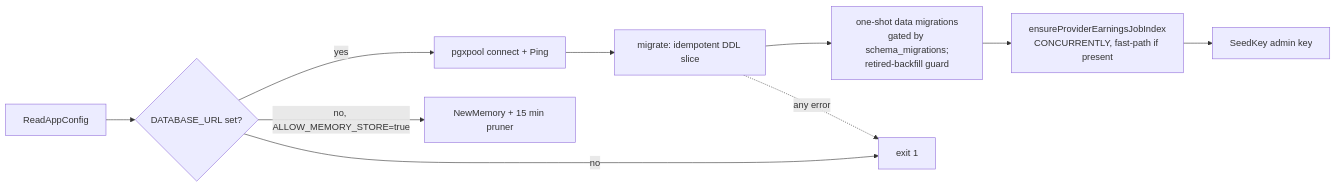
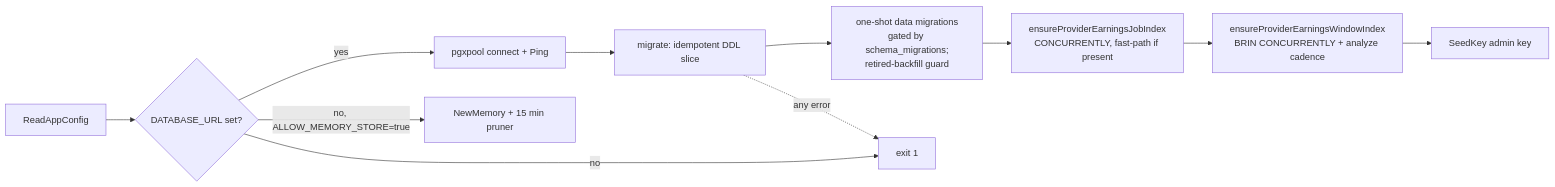
The diagram in docs/architecture/storage.md (Gajesh2007/d-inference), drawn with Mermaid before and after one commit. The commit also changed other lines of this file and 19 other files, not shown here.

````diff
--- a/docs/architecture/storage.md
+++ b/docs/architecture/storage.md
@@ -203,12 +204,13 @@
 ```mermaid
 flowchart LR
   A[ReadAppConfig] --> B{DATABASE_URL set?}
   B -- yes --> C[pgxpool connect + Ping]
   C --> D[migrate: idempotent DDL slice]
   D --> E[one-shot data migrations\ngated by schema_migrations;\nretired-backfill guard]
   E --> F[ensureProviderEarningsJobIndex\nCONCURRENTLY, fast-path if present]
-  F --> G[SeedKey admin key]
+  F --> F2[ensureProviderEarningsWindowIndex\nBRIN CONCURRENTLY + analyze cadence]
+  F2 --> G[SeedKey admin key]
   B -- no, ALLOW_MEMORY_STORE=true --> H[NewMemory + 15 min pruner]
   B -- no --> X[exit 1]
   D -. any error .-> X
 ```
````
